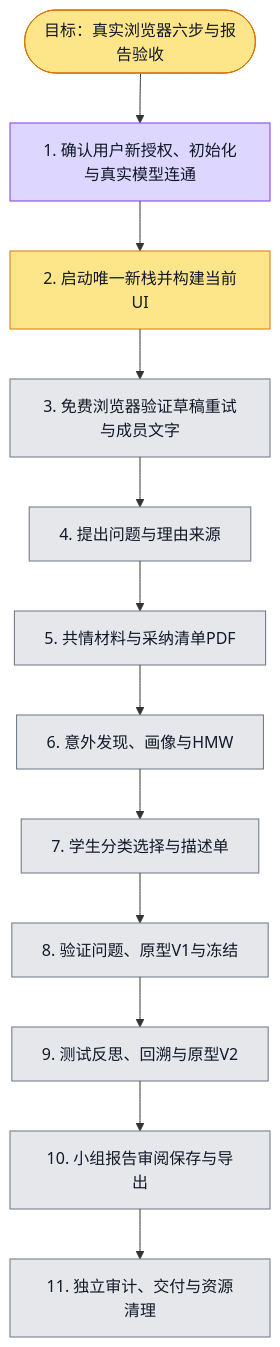
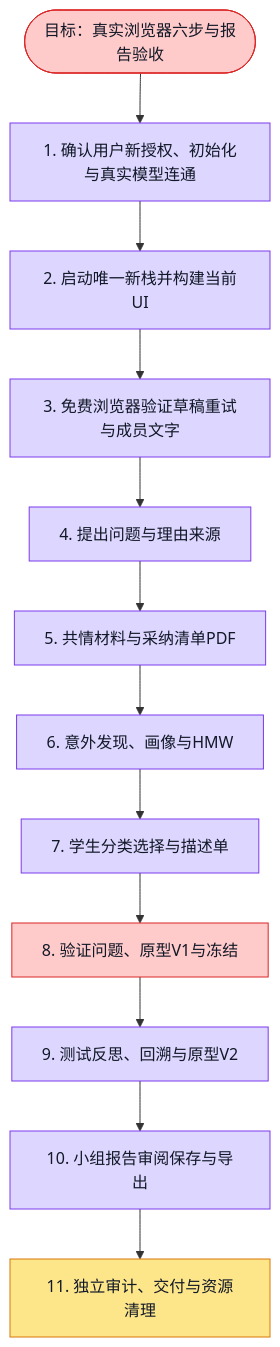
One commit to boardx/workspacex changed the diagram in docs/evidence/aidt-native/real-browser-acceptance-20261117/execution.plan.md. Above: the diagram before and after it, drawn with Mermaid. The commit also changed 220 other files, not shown here.

````diff
--- a/docs/evidence/aidt-native/real-browser-acceptance-20261117/execution.plan.md
+++ b/docs/evidence/aidt-native/real-browser-acceptance-20261117/execution.plan.md
@@ -7,34 +7,44 @@
 ```mermaid
 flowchart TD
  G([目标：真实浏览器六步与报告验收])
  E[1. 确认用户新授权、初始化与真实模型连通]
  I[2. 启动唯一新栈并构建当前UI]
  B[3. 免费浏览器验证草稿重试与成员文字]
  S1[4. 提出问题与理由来源]
  S2[5. 共情材料与采纳清单PDF]
  S3[6. 意外发现、画像与HMW]
  S4[7. 学生分类选择与描述单]
  S5[8. 验证问题、原型V1与冻结]
  S6[9. 测试反思、回溯与原型V2]
  R[10. 小组报告审阅保存与导出]
  V[11. 独立审计、交付与资源清理]
  G --> E --> I --> B --> S1 --> S2 --> S3 --> S4 --> S5 --> S6 --> R --> V
  classDef todo fill:#e5e7eb,stroke:#6b7280,color:#111827
  classDef doing fill:#fde68a,stroke:#d97706,color:#111827
  classDef done fill:#bbf7d0,stroke:#16a34a,color:#111827
  classDef tested fill:#ddd6fe,stroke:#7c3aed,color:#111827
  classDef blocked fill:#fecaca,stroke:#dc2626,color:#111827
- class G doing
+ class G blocked
+ %% blocked G: 实际测试和交付收尾完成不等于整体验收：S5native因重复调用cancelled、S3性能/1unknownpending、S2教学边界及SUM可见V2/截断披露仍未全过。其余独立技术路径已测；不宣布全原生闭环或课堂通过。
  class E tested
  %% evidence E: 用户明确无需credit额度停测并授权浏览器；标准init quick0；真实SDK OK/3.7s/22tokens/0retry（provider-connectivity.json），产品链尚待验
- class I doing
- class B todo
- class S1 todo
- class S2 todo
- class S3 todo
- class S4 todo
- class S5 todo
- class S6 todo
- class R todo
- class V todo
+ class I tested
+ %% evidence I: A1新seed app_rw基线0run/physical/usage，canonical SHA802cf，子进程CA/proxy指纹；真实新Web build ff9含c9cf BUILD HpTdw6E9Fzu6NgYyCuctM，API/Python/正常登录200，zero-window-ready.json
+ class B tested
+ %% evidence B: A4真实新Web浏览器1pass5.4s：A重试保B正文/附件/mention、正常B清稿，member频道/话题/切步草稿真实API；3SDK全浏览器abort，A1SQL0run/physical/usage/credit；首consultant setup红保留
+ class S1 tested
+ %% evidence S1: 真实browser1pass35.1s/run33945939… succeeded，学生选择save V2/freshlogin精确；A2冻结V1原话/pin/dispatch/canonical源审过；4physical reported24544tokens/4settled；A3保留4问号例子/引号改写/why分支未验小偏离，不真人课堂评分
+ class S2 tested
+ %% evidence S2: A6 same-run continuation browser1pass17.4s，source frozenV3/currentV4+freshlogin，实际printDOM PDF146318B；A1 6physical/6reported40165tokens/6settled/holds0；A2 checkpoint继承原dispatch audit0。初次计划确认护栏中断红记录保留。
+ class S3 tested
+ %% evidence S3: A6实际浏览器1pass208.8s、真实run e607b916…succeeded/学生V2重登；A2源/派发/hash/readback audit0。A1确认44physical，其中43reported281610tokens/settled、1failedunknown/pending63.46；性能财务缺陷保留。正常cancel前GET已succeeded故未POST，不存在取消或QA超时。
+ class S4 tested
+ %% evidence S4: A6 browser1pass40.5s，学生多标签/选择V3+freshlogin；三不同点子actualPDF305209/272723/262399B、图decode/各自文字/不同SHA；A1 runf53bc122…6physical/6reported49174tokens/6settled，S3既有pending保留。
+ class S5 blocked
+ %% blocked S5: S5native55fa0cc5…86.4s browser fail；实际8call_skill/15physical，正常cancel202后cancelled，无新unknown。按用户卡住跳过，留原失败并以明确学生人工稿继续独立Design，不记S5Agent通过；Design仍待。
+ class S6 tested
+ %% evidence S6: S6原护栏红保留，once同run续完1pass32.6s，无新human/reserve；学生V3到V4/unchanged/return2/真实静态检查纠正/重登，旧题V1冻结。A1 6physical/6reported67749tokens/6settled，S3pending不变；非完整链绿。
+ class R tested
+ %% evidence R: SUM原护栏红保留，once同run续完1pass54.1s/实际3070字草稿/学生V8+8613B精确MD；再0费学生纠正V9/11664B+freshlogin/旧refs原AI旧导出不变。A1 9physical/197065reportedtokens/9settled。A2可见投影29源17截断，V2/currentreturn5可见仍被遗漏、旧return2不完整；AI整编内容未全过，学生补正不追认模型全读。
+ class V doing
 ```
````
